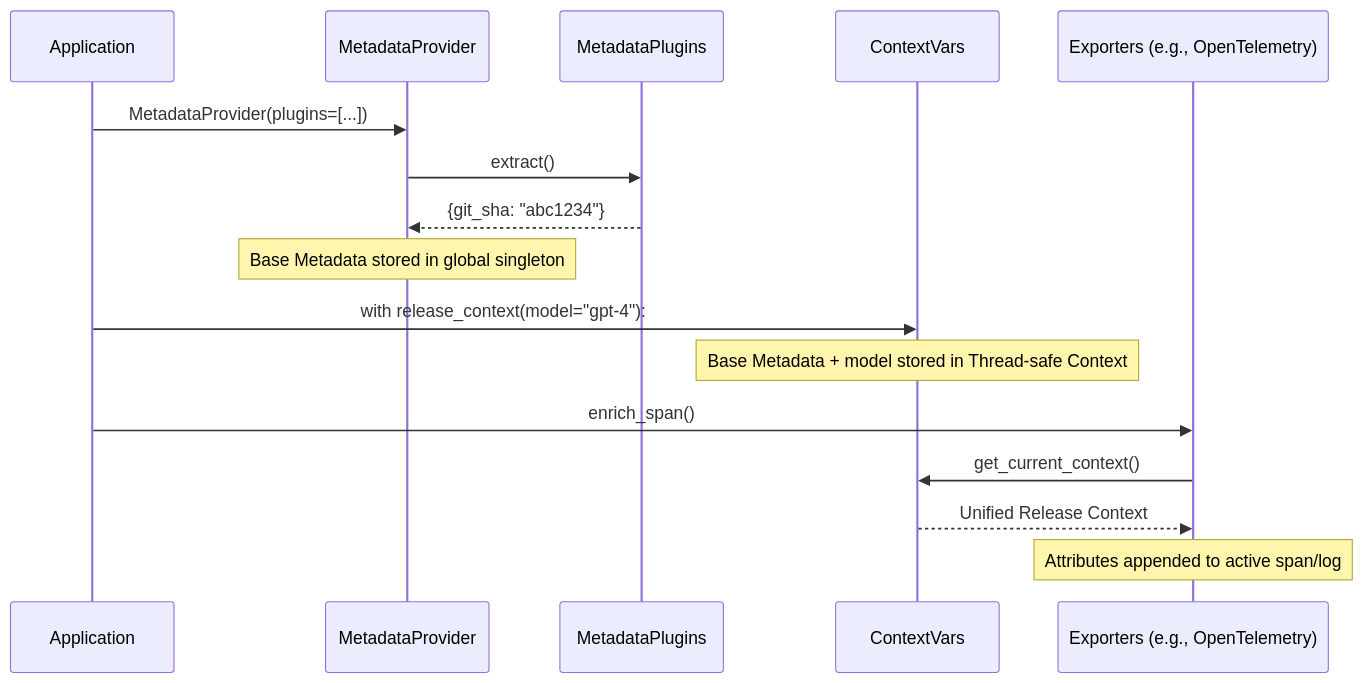
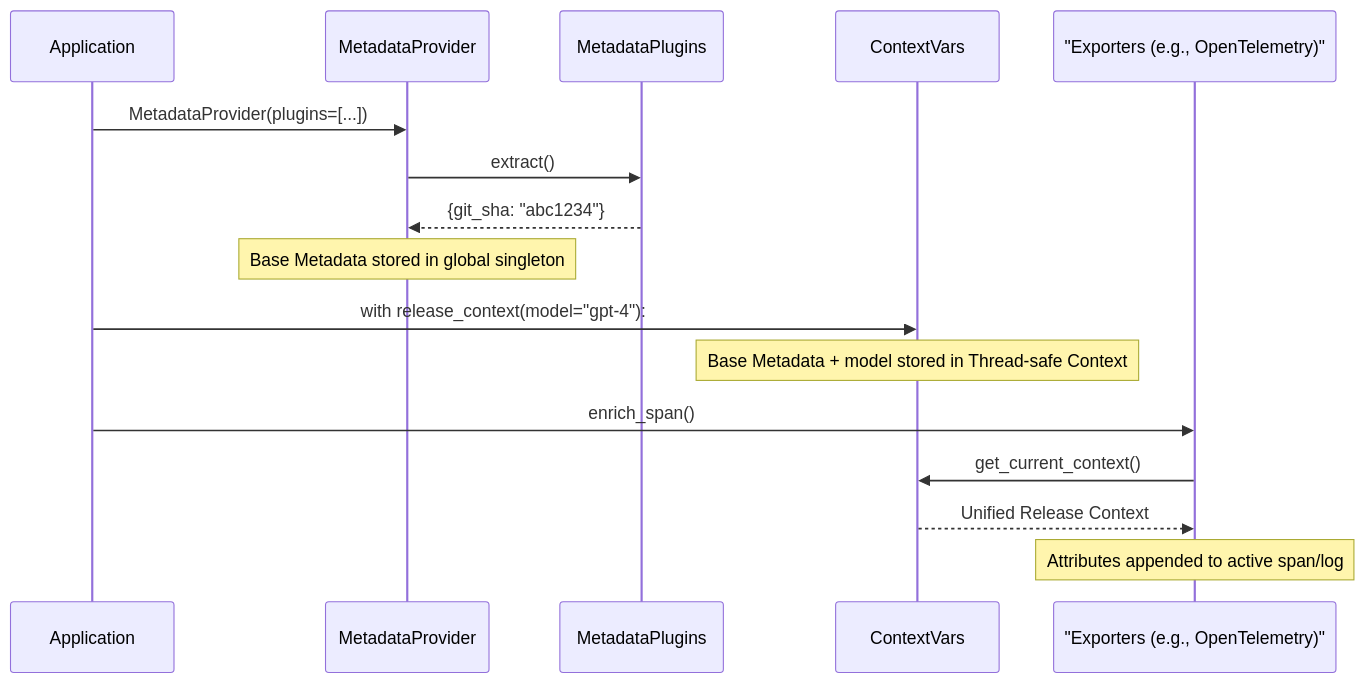
Before and after one commit to aisonaku/ai-release-metadata: the diagram in docs/architecture.md, drawn with Mermaid. The commit also changed 3 other files, not shown here.

````diff
--- a/docs/architecture.md
+++ b/docs/architecture.md
@@ -7,22 +7,22 @@
 ```mermaid
 sequenceDiagram
     participant App as Application
     participant SDK as MetadataProvider
     participant Plugin as MetadataPlugins
     participant CTX as ContextVars
-    participant Exp as Exporters (e.g., OpenTelemetry)
+    participant Exp as "Exporters (e.g., OpenTelemetry)"
 
     App->>SDK: MetadataProvider(plugins=[...])
     SDK->>Plugin: extract()
     Plugin-->>SDK: {git_sha: "abc1234"}
     
     Note over SDK: Base Metadata stored in global singleton
     
     App->>CTX: with release_context(model="gpt-4"):
     Note over CTX: Base Metadata + model stored in Thread-safe Context
     
     App->>Exp: enrich_span()
     Exp->>CTX: get_current_context()
     CTX-->>Exp: Unified Release Context
     Note over Exp: Attributes appended to active span/log
 ```
````
